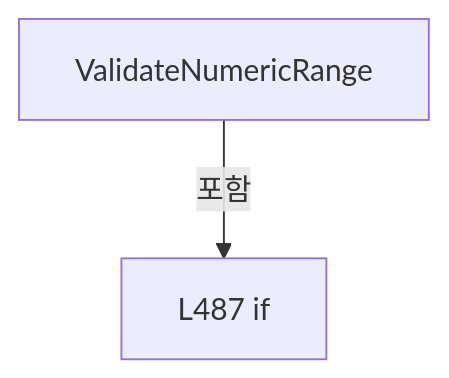
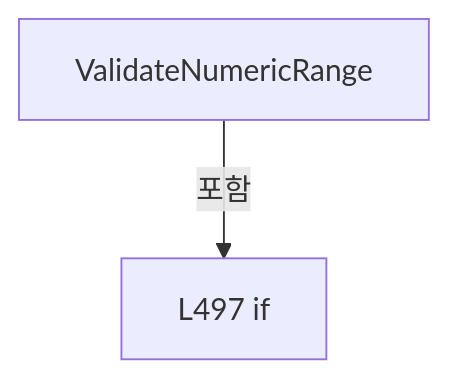
Before and after one commit to kjuws10-rgb/Shared: diagram 12 of 17 in A3 LD Code Ref/files/Drilling.File/JHMI/CSettingFile.cs.md, drawn with Mermaid. The commit also changed other lines of this file and 2071 other files, not shown here.

Commit message:
docs(a3): update 11.19.0 architecture and code reference

````diff
--- a/A3 LD Code Ref/files/Drilling.File/JHMI/CSettingFile.cs.md
+++ b/A3 LD Code Ref/files/Drilling.File/JHMI/CSettingFile.cs.md
@@ -2123,6 +2133,6 @@
 ```mermaid
 flowchart TD
  M["ValidateNumericRange"]
- N0["L487 if"]
+ N0["L497 if"]
  M -->|포함| N0
 ```
````
